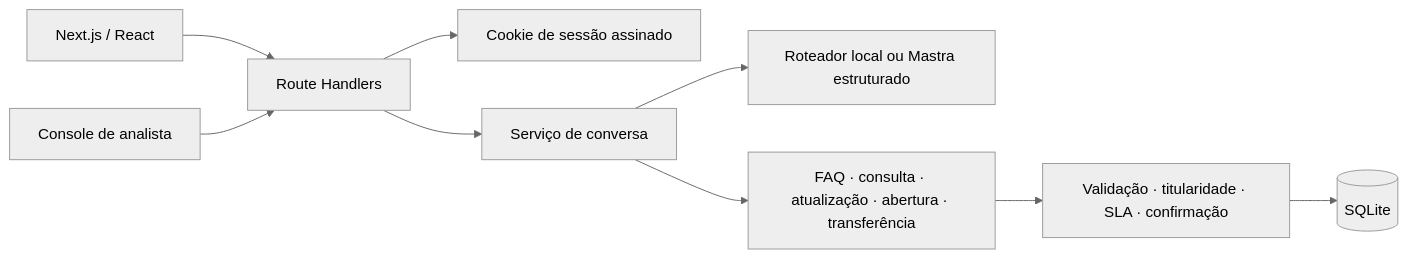
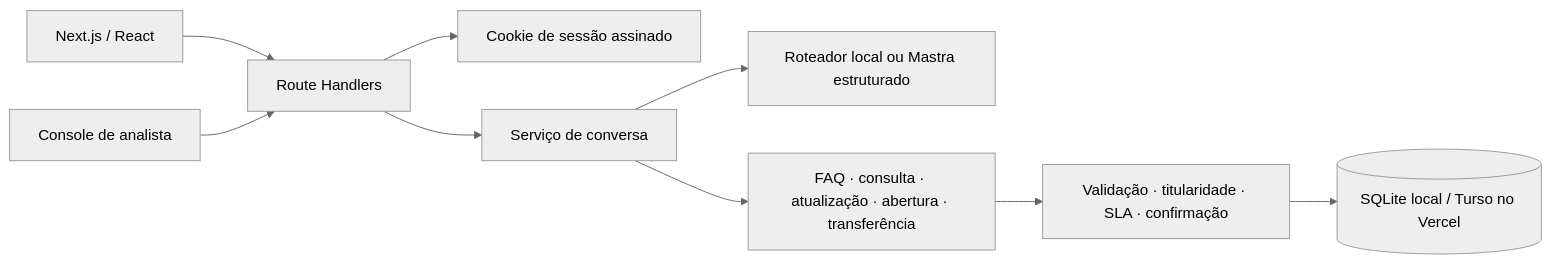
The diagram in README.md (gspveiga/nexo-assist), drawn with Mermaid (neutral theme) before and after one commit. The commit also changed other lines of this file and 40 other files, not shown here.

Commit message:
feat: add Turso persistence, API hardening, and Vercel deployment

````diff
--- a/README.md
+++ b/README.md
@@ -42,11 +44,11 @@
 ```mermaid
 flowchart LR
   UI[Next.js / React] --> API[Route Handlers]
   API --> AUTH[Cookie de sessão assinado]
   API --> CHAT[Serviço de conversa]
   CHAT --> ROUTER[Roteador local ou Mastra estruturado]
   CHAT --> TOOLS[FAQ · consulta · atualização · abertura · transferência]
   TOOLS --> RULES[Validação · titularidade · SLA · confirmação]
-  RULES --> DB[(SQLite)]
+  RULES --> DB[(SQLite local / Turso no Vercel)]
   CONSOLE[Console de analista] --> API
 ```
````
